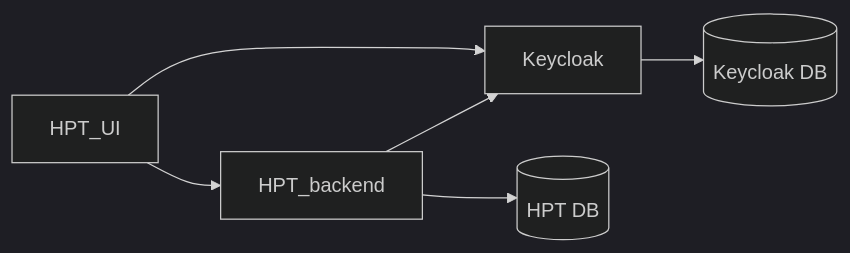
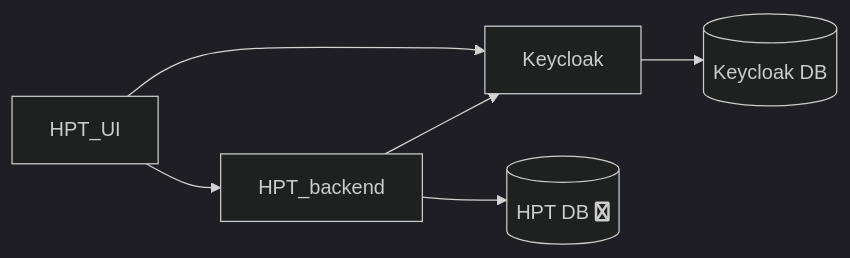
One commit to bastoker/testcontainers-workshop changed the diagram in README.md. Above: the diagram before and after it, drawn with Mermaid (dark theme).

````diff
--- a/README.md
+++ b/README.md
@@ -21,8 +21,8 @@
 ```mermaid
 graph LR;
     HPT_UI-->HPT_backend
     HPT_UI-->Keycloak
-    HPT_backend-->PostgreSQL_hpt[(HPT DB)];
+    HPT_backend-->PostgreSQL_hpt[(HPT DB fa:fa-docker)];
     HPT_backend-->Keycloak;
     Keycloak-->PostgreSQL_keycloak[(Keycloak DB)];
 ```
````
